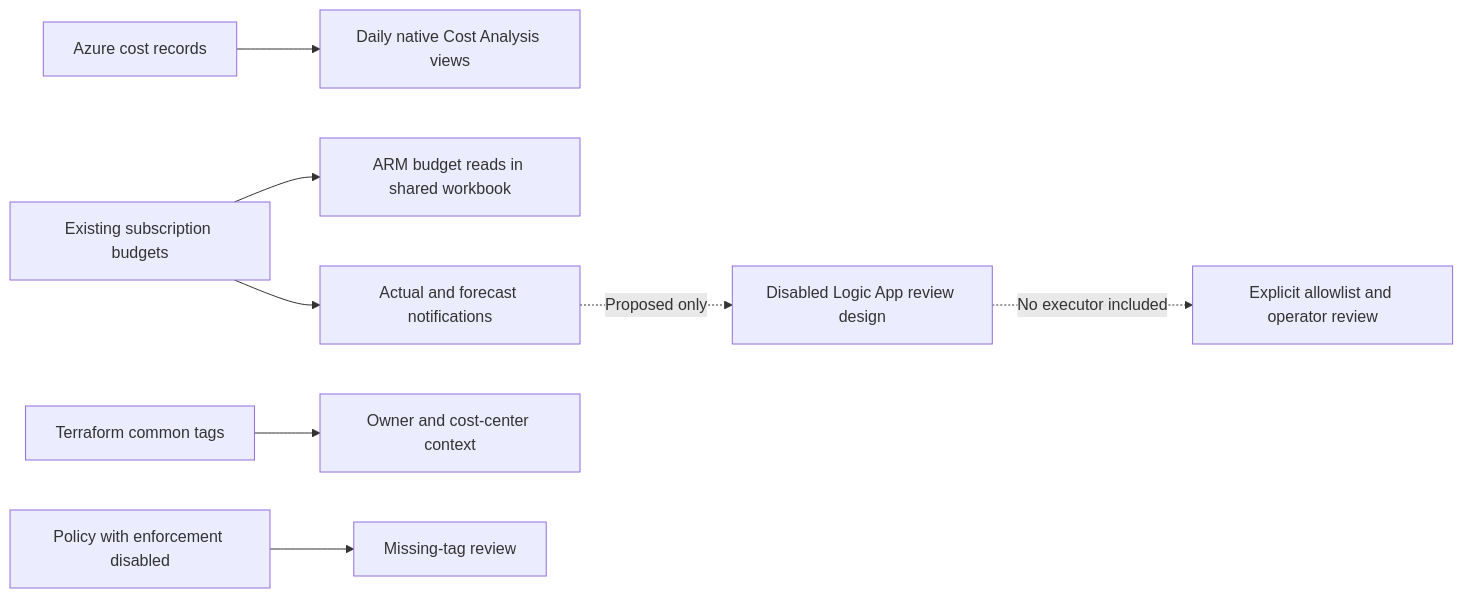
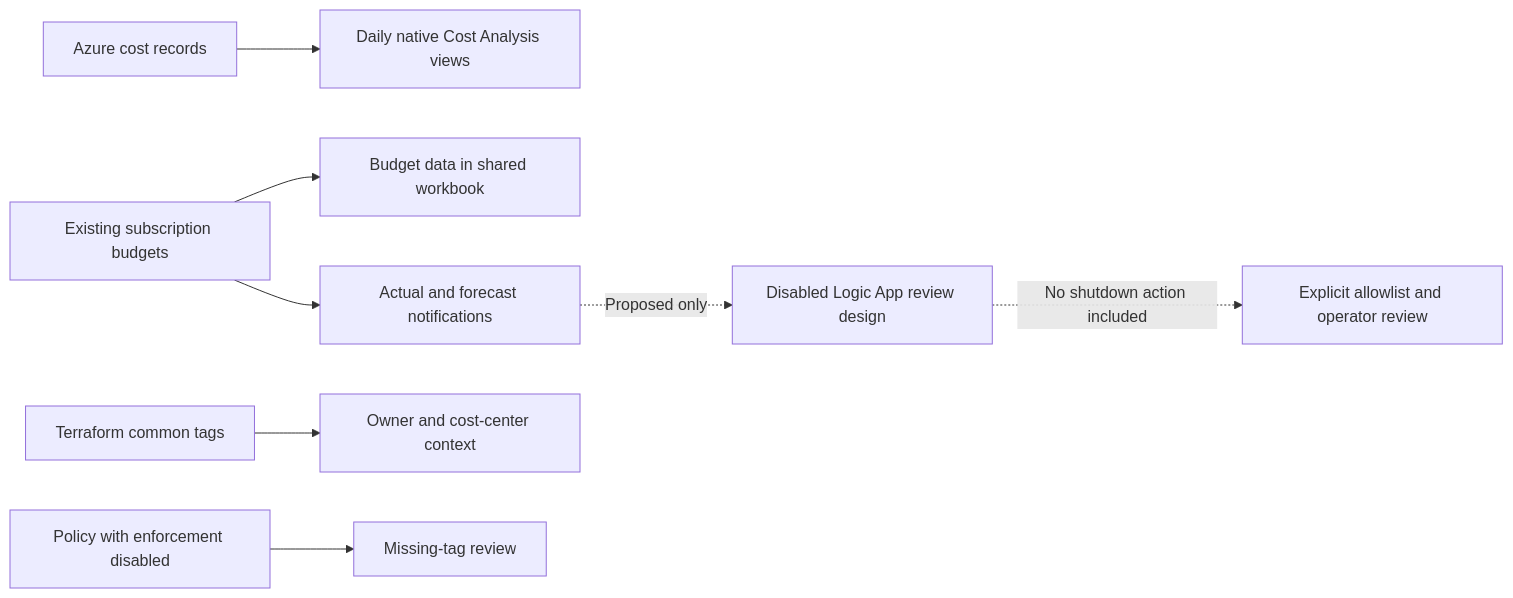
One commit to truthofsource/azure-cost-visibility-tagging-and-finops changed the diagram in README.md. Above: the diagram before and after it, drawn with Mermaid. The commit also changed other lines of this file, not shown here.

````diff
--- a/README.md
+++ b/README.md
@@ -32,10 +32,10 @@
 ```mermaid
 flowchart LR
-  Budgets[Existing subscription budgets] --> Workbook[ARM budget reads in shared workbook]
+  Budgets[Existing subscription budgets] --> Workbook[Budget data in shared workbook]
   Billing[Azure cost records] --> Views[Daily native Cost Analysis views]
   Tags[Terraform common tags] --> Ownership[Owner and cost-center context]
   Policy[Policy with enforcement disabled] --> Gaps[Missing-tag review]
   Budgets --> Alerts[Actual and forecast notifications]
   Alerts -. Proposed only .-> Logic[Disabled Logic App review design]
-  Logic -. No executor included .-> Review[Explicit allowlist and operator review]
+  Logic -. No shutdown action included .-> Review[Explicit allowlist and operator review]
 ```
````
